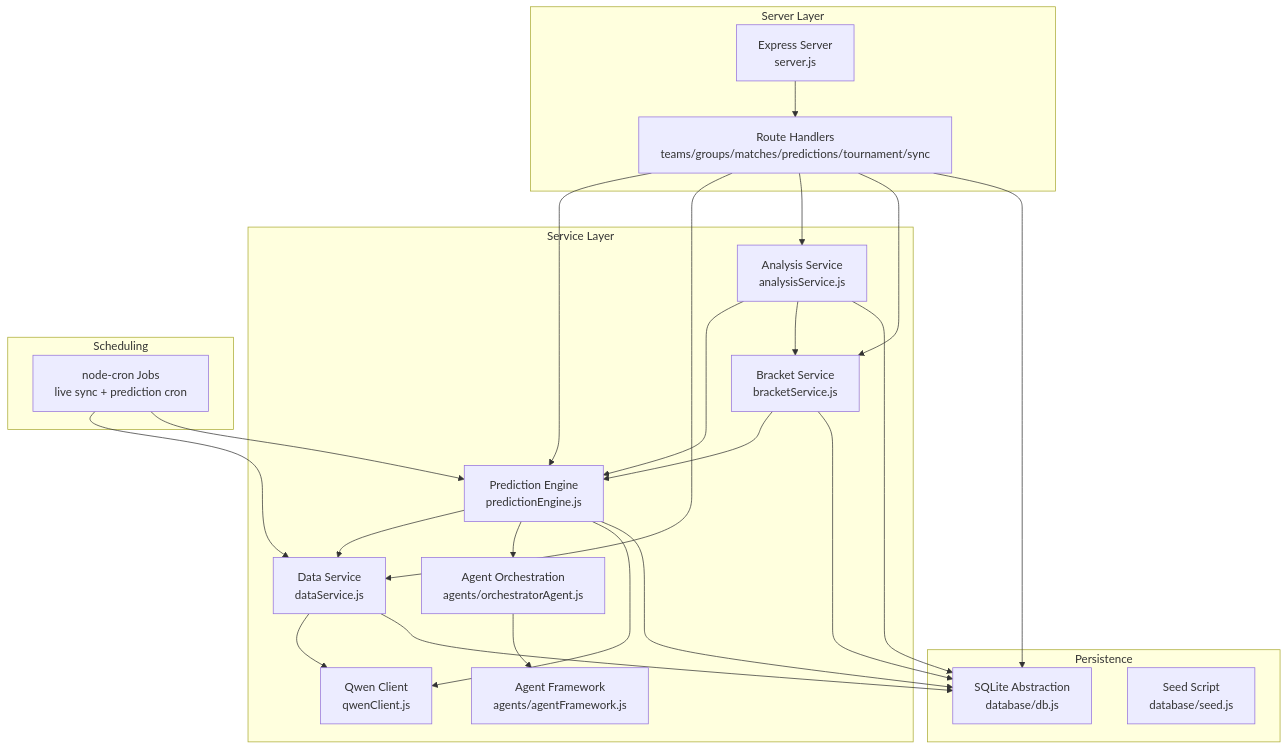
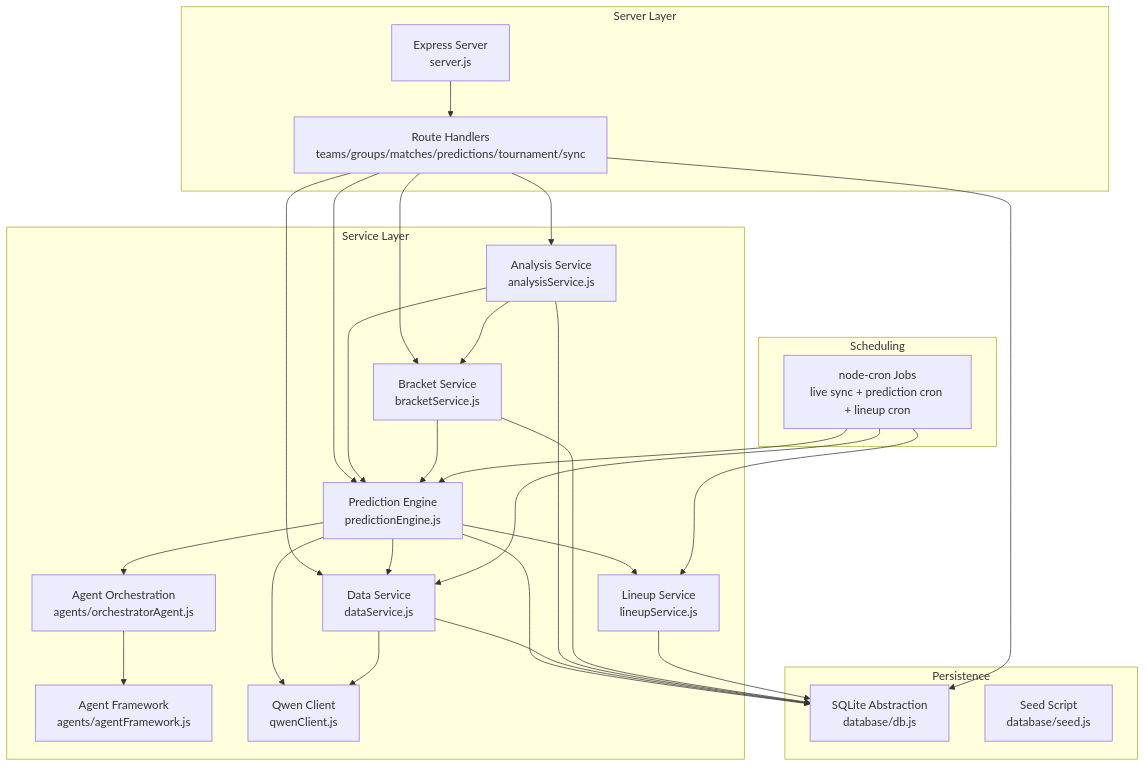
One commit to cheesiong/WC26-qwen changed the first of 12 diagrams in .qoder/repowiki/en/content/System Architecture/Backend Architecture.md. Above: the diagram before and after it, drawn with Mermaid. The commit also changed other lines of this file and 3 other files, not shown here.

````diff
--- a/.qoder/repowiki/en/content/System Architecture/Backend Architecture.md
+++ b/.qoder/repowiki/en/content/System Architecture/Backend Architecture.md
@@ -40,43 +49,47 @@
 ```mermaid
 graph TB
 subgraph "Server Layer"
 Express["Express Server<br/>server.js"]
 Routes["Route Handlers<br/>teams/groups/matches/predictions/tournament/sync"]
 end
 subgraph "Service Layer"
 Pred["Prediction Engine<br/>predictionEngine.js"]
 Data["Data Service<br/>dataService.js"]
 Analyze["Analysis Service<br/>analysisService.js"]
 Bracket["Bracket Service<br/>bracketService.js"]
 Agents["Agent Orchestration<br/>agents/orchestratorAgent.js"]
 AgentFW["Agent Framework<br/>agents/agentFramework.js"]
 Qwen["Qwen Client<br/>qwenClient.js"]
+Lineup["Lineup Service<br/>lineupService.js"]
 end
 subgraph "Persistence"
 DB["SQLite Abstraction<br/>database/db.js"]
 Seed["Seed Script<br/>database/seed.js"]
 end
 subgraph "Scheduling"
-Cron["node-cron Jobs<br/>live sync + prediction cron"]
+Cron["node-cron Jobs<br/>live sync + prediction cron + lineup cron"]
 end
 Express --> Routes
 Routes --> Pred
 Routes --> Data
 Routes --> Analyze
 Routes --> Bracket
 Pred --> Data
 Pred --> Agents
+Pred --> Lineup
 Agents --> AgentFW
 Pred --> Qwen
 Data --> Qwen
 Analyze --> Pred
 Analyze --> Bracket
 Bracket --> Pred
 Routes --> DB
 Pred --> DB
 Data --> DB
 Analyze --> DB
 Bracket --> DB
+Lineup --> DB
 Cron --> Data
 Cron --> Pred
+Cron --> Lineup
 ```
````
